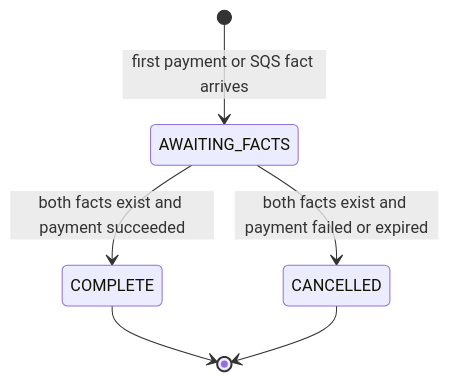
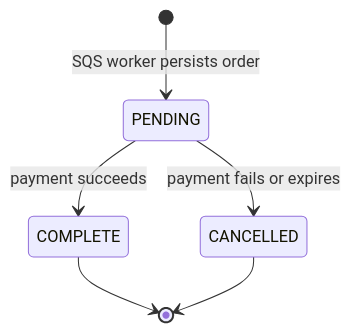
One commit to rantingmong/bookipi-test changed the diagram in docs/orders.md. Above: the diagram before and after it, drawn with Mermaid. The commit also changed other lines of this file and 47 other files, not shown here.

````diff
--- a/docs/orders.md
+++ b/docs/orders.md
@@ -9,8 +9,8 @@
 ```mermaid
 stateDiagram-v2
-    [*] --> AWAITING_FACTS: first payment or SQS fact arrives
-    AWAITING_FACTS --> COMPLETE: both facts exist and payment succeeded
-    AWAITING_FACTS --> CANCELLED: both facts exist and payment failed or expired
+    [*] --> PENDING: SQS worker persists order
+    PENDING --> COMPLETE: payment succeeds
+    PENDING --> CANCELLED: payment fails or expires
     COMPLETE --> [*]
     CANCELLED --> [*]
 ```
````
